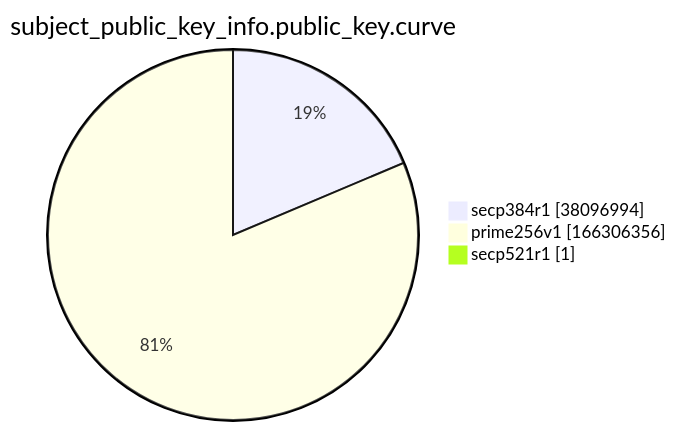
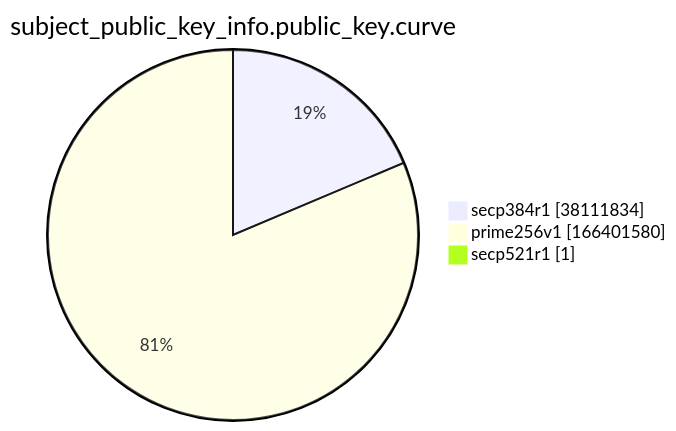
One commit to christiankrug/ctmonitor_visualization changed the ninth of 15 diagrams in argon2022/README.md. Above: the diagram before and after it, drawn with Mermaid. The commit also changed other lines of this file, not shown here.

````diff
--- a/argon2022/README.md
+++ b/argon2022/README.md
@@ -2766,7 +2766,7 @@
 ```mermaid
 pie showData
 title subject_public_key_info.public_key.curve
-"secp384r1" :38096994
-"prime256v1" :166306356
+"secp384r1" :38111834
+"prime256v1" :166401580
 "secp521r1" :1
 ```
````
